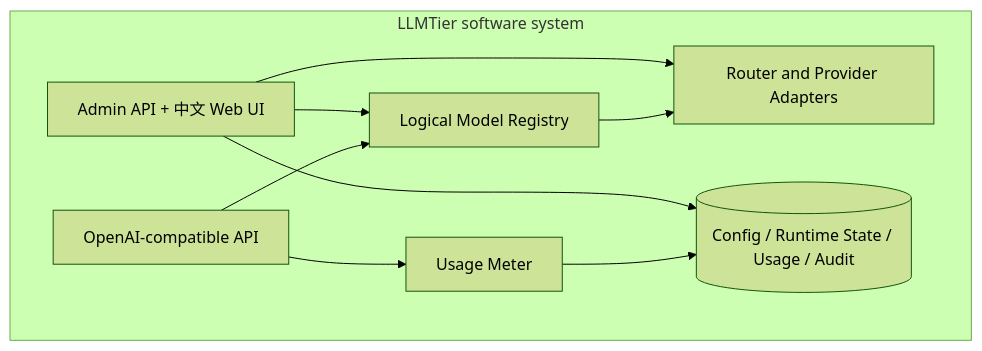
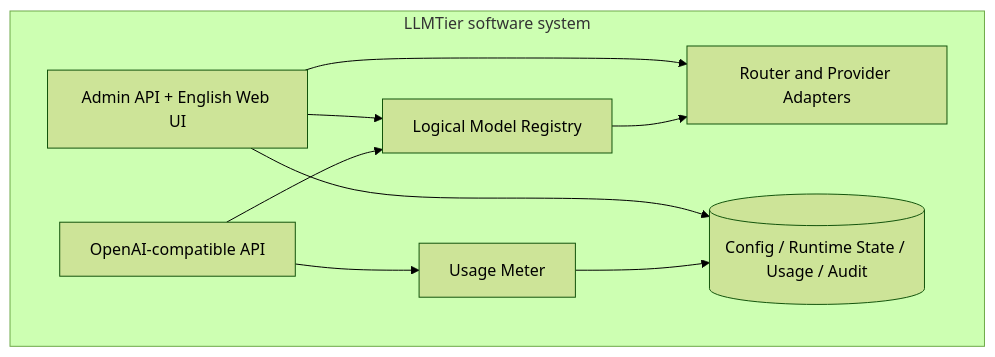
One commit to corezilla/LLMTier changed the second of 6 diagrams in docs/20_system_design/llmtier-system-design.md. Above: the diagram before and after it, drawn with Mermaid (forest theme). The commit also changed other lines of this file and 10 other files, not shown here.

````diff
--- a/docs/20_system_design/llmtier-system-design.md
+++ b/docs/20_system_design/llmtier-system-design.md
@@ -81,16 +81,16 @@
 ```mermaid
 flowchart TB
   subgraph LT[LLMTier software system]
     API[OpenAI-compatible API]
-    ADM[Admin API + 中文 Web UI]
+    ADM[Admin API + English Web UI]
     REG[Logical Model Registry]
     ROUTER[Router and Provider Adapters]
     METER[Usage Meter]
     STORE[(Config / Runtime State / Usage / Audit)]
     API --> REG --> ROUTER
     API --> METER --> STORE
     ADM --> REG
     ADM --> ROUTER
     ADM --> STORE
   end
 ```
````
